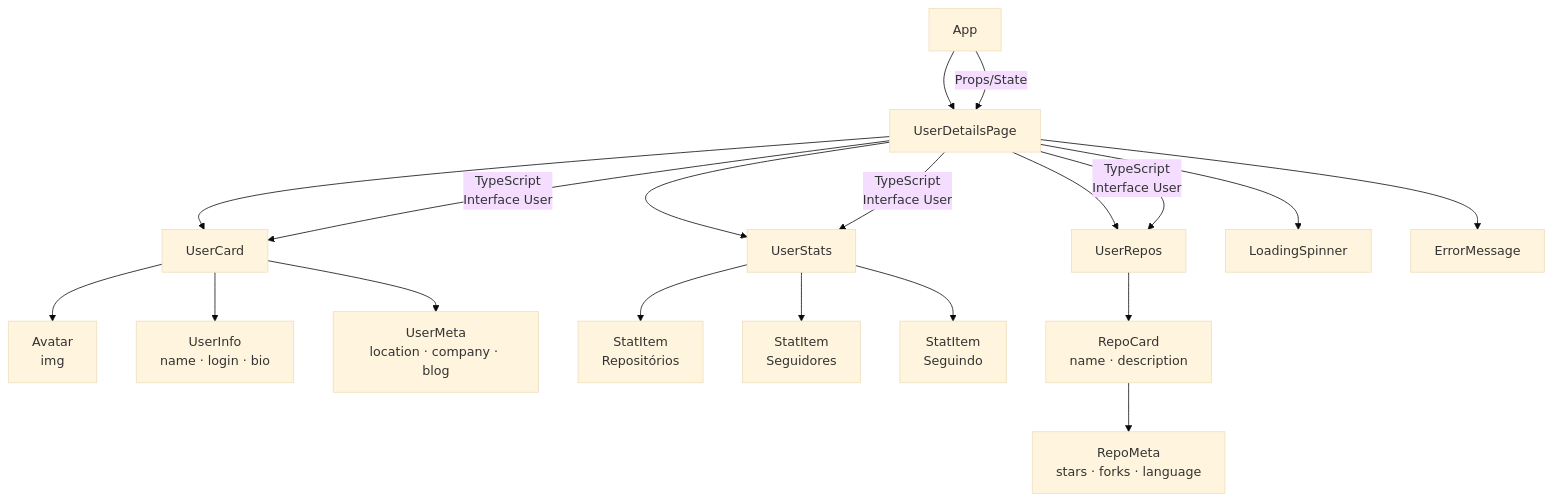
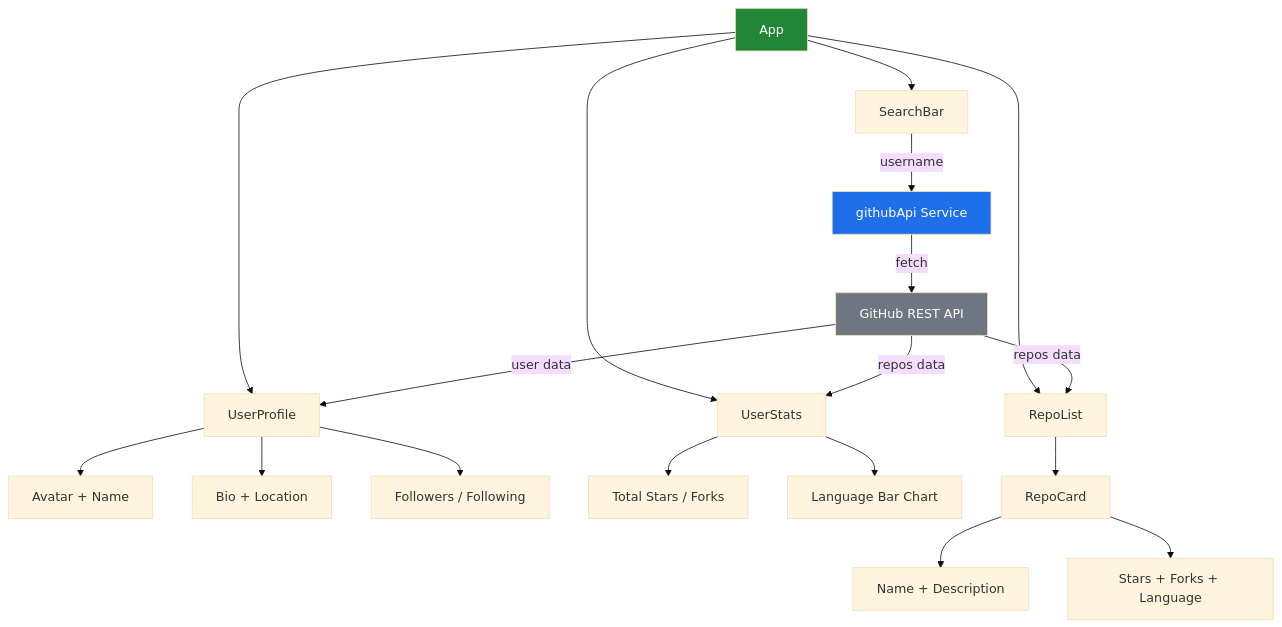
Before and after one commit to galafis/Criando-a-Pagina-Com-os-Detalhes-do-Usuario-Com-React: the first of 2 diagrams in README.md, drawn with Mermaid (base theme). The commit also changed other lines of this file and 9 other files, not shown here.

Commit message:
feat: implement React user profile page with dynamic components

````diff
--- a/README.md
+++ b/README.md
@@ -28,25 +21,28 @@
 ```mermaid
 graph TD
-    A[App] --> B[UserDetailsPage]
+    A[App] --> B[SearchBar]
+    A --> C[UserProfile]
+    A --> D[UserStats]
+    A --> E[RepoList]
 
-    B --> C[UserCard]
-    B --> D[UserStats]
-    B --> E[UserRepos]
+    B -->|username| F[githubApi Service]
+    F -->|fetch| G[GitHub REST API]
+    G -->|user data| C
+    G -->|repos data| D
+    G -->|repos data| E
 
-    C --> C1[Avatar\nimg]
-    C --> C2[UserInfo\nname · login · bio]
-    C --> C3[UserMeta\nlocation · company · blog]
+    C --> C1[Avatar + Name]
+    C --> C2[Bio + Location]
+    C --> C3[Followers / Following]
 
-    D --> D1[StatItem\nRepositórios]
-    D --> D2[StatItem\nSeguidores]
-    D --> D3[StatItem\nSeguindo]
+    D --> D1[Total Stars / Forks]
+    D --> D2[Language Bar Chart]
 
-    E --> E1[RepoCard\nname · description]
-    E1 --> E1a[RepoMeta\nstars · forks · language]
+    E --> E1[RepoCard]
+    E1 --> E1a[Name + Description]
+    E1 --> E1b[Stars + Forks + Language]
 
-    B --> F[LoadingSpinner]
-    B --> G[ErrorMessage]
-
-    A -->|Props/State| B
-    B -->|TypeScript\nInterface User| C & D & E
+    style A fill:#238636,color:#fff
+    style F fill:#1f6feb,color:#fff
+    style G fill:#6e7681,color:#fff
 ```
````
